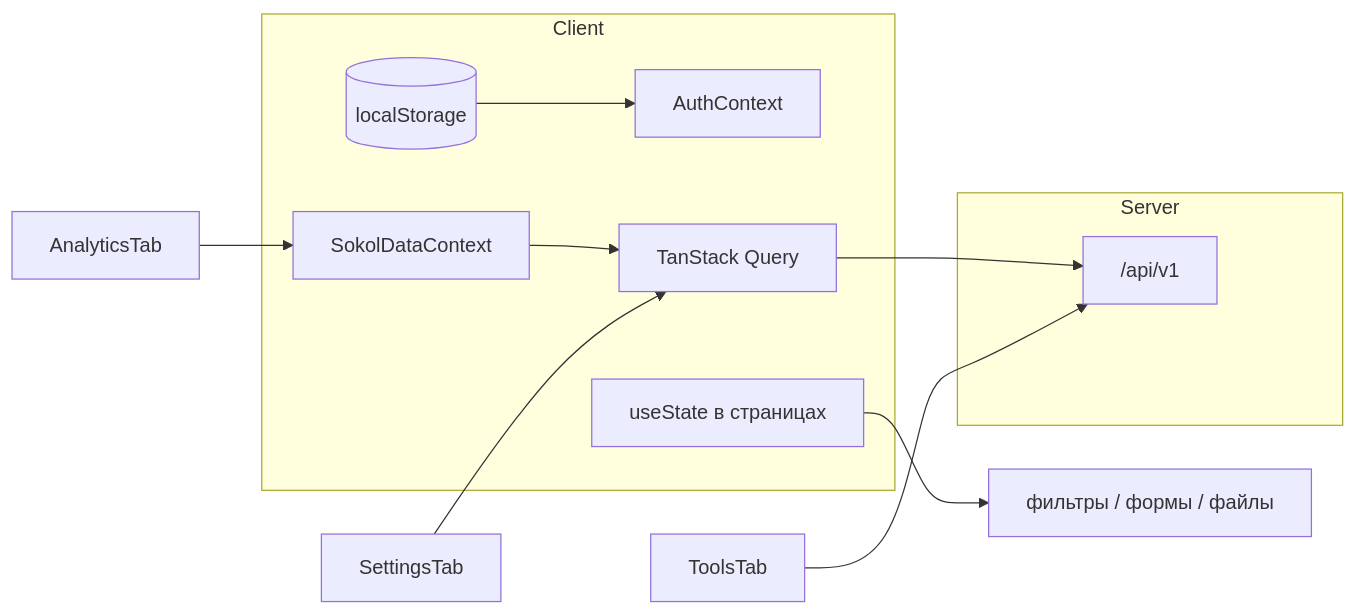
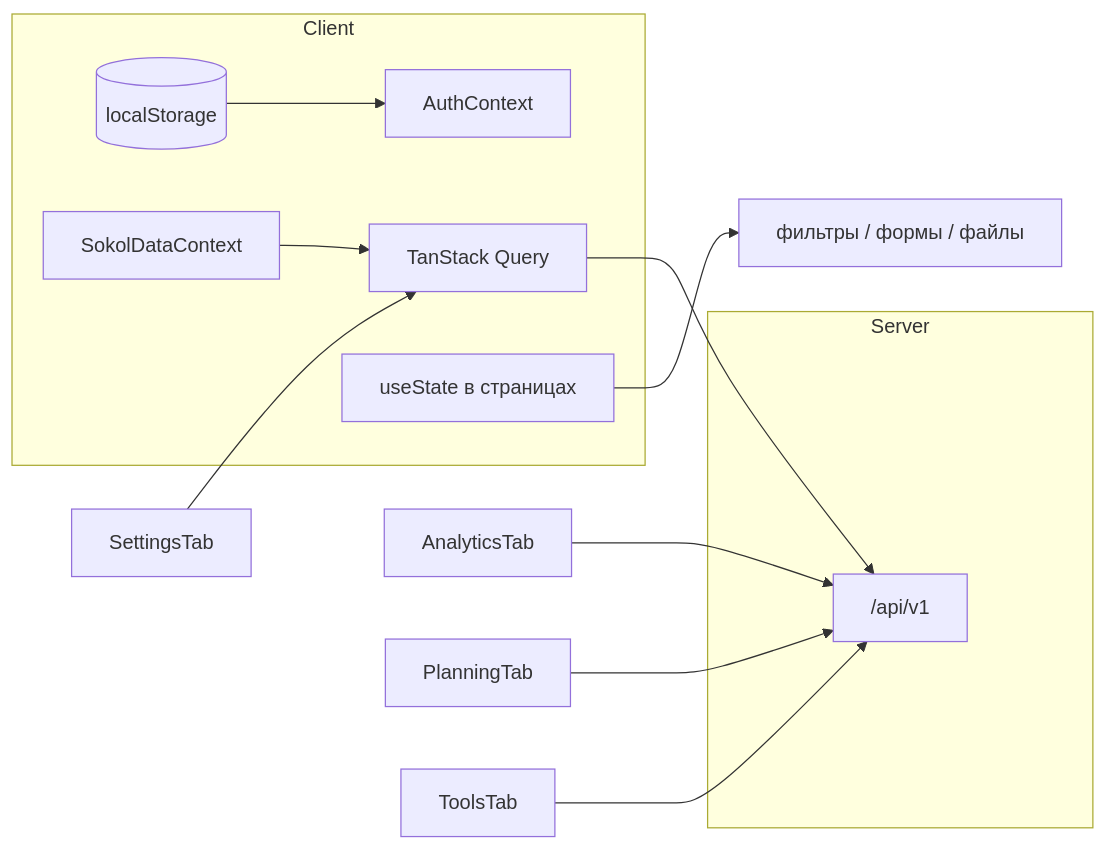
One commit to sweetd0vee/sokol changed the second of 7 diagrams in sokol-frontend/docs/ARCHITECTURE.md. Above: the diagram before and after it, drawn with Mermaid. The commit also changed other lines of this file and 46 other files, not shown here.

````diff
--- a/sokol-frontend/docs/ARCHITECTURE.md
+++ b/sokol-frontend/docs/ARCHITECTURE.md
@@ -72,22 +71,23 @@
 ```mermaid
 flowchart LR
   subgraph Client
     LS[(localStorage)]
     AuthCtx[AuthContext]
     SokolCtx[SokolDataContext]
     RQ[TanStack Query]
     Local[useState в страницах]
   end
 
   subgraph Server
     API["/api/v1"]
   end
 
   LS --> AuthCtx
   RQ --> API
   SokolCtx --> RQ
   SettingsTab --> RQ
-  AnalyticsTab --> SokolCtx
+  AnalyticsTab --> API
+  PlanningTab --> API
   ToolsTab --> API
   Local --> Filters[фильтры / формы / файлы]
 ```
````
